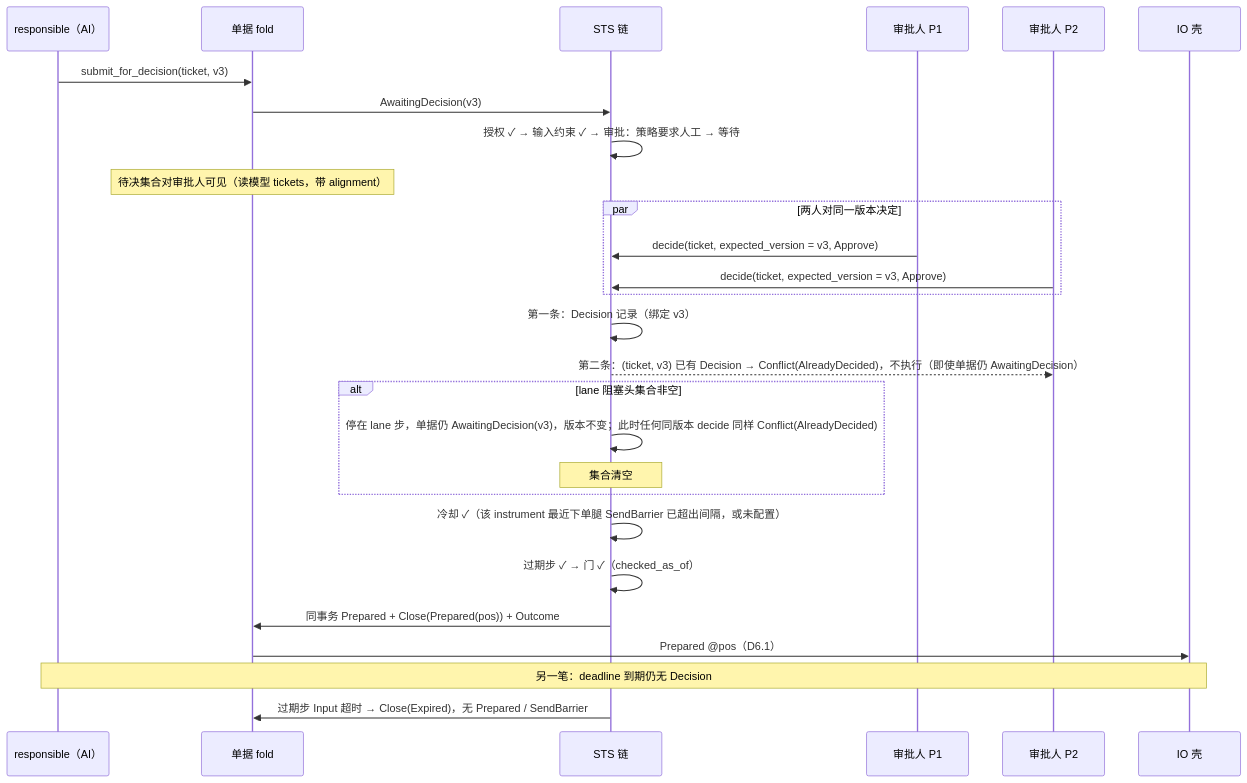
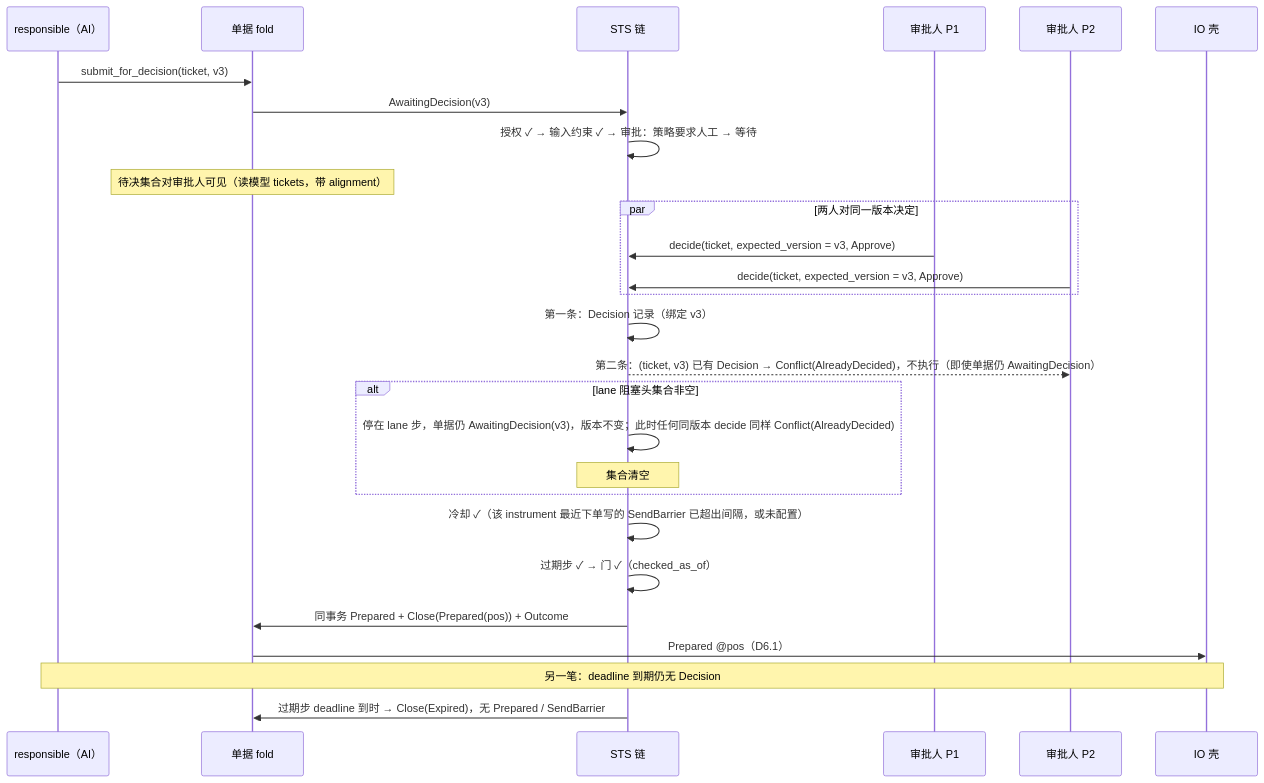
The sixth of 6 diagrams in design/diagrams/05-ticket-and-sts.md (mouriya-s-lab/uta), drawn with Mermaid before and after one commit. The commit also changed other lines of this file and 12 other files, not shown here.

````diff
--- a/design/diagrams/05-ticket-and-sts.md
+++ b/design/diagrams/05-ticket-and-sts.md
@@ -210,29 +215,29 @@
 ```mermaid
 sequenceDiagram
   participant R as responsible（AI）
   participant T as 单据 fold
   participant S as STS 链
   participant P as 审批人 P1
   participant P2 as 审批人 P2
   participant IO as IO 壳
   R->>T: submit_for_decision(ticket, v3)
   T->>S: AwaitingDecision(v3)
   S->>S: 授权 ✓ → 输入约束 ✓ → 审批：策略要求人工 → 等待
   Note over T: 待决集合对审批人可见（读模型 tickets，带 alignment）
   par 两人对同一版本决定
     P->>S: decide(ticket, expected_version = v3, Approve)
     P2->>S: decide(ticket, expected_version = v3, Approve)
   end
   S->>S: 第一条：Decision 记录（绑定 v3）
   S-->>P2: 第二条：(ticket, v3) 已有 Decision → Conflict(AlreadyDecided)，不执行（即使单据仍 AwaitingDecision）
   alt lane 阻塞头集合非空
     S->>S: 停在 lane 步，单据仍 AwaitingDecision(v3)，版本不变；此时任何同版本 decide 同样 Conflict(AlreadyDecided)
     Note over S: 集合清空
   end
-  S->>S: 冷却 ✓（该 instrument 最近下单腿 SendBarrier 已超出间隔，或未配置）
+  S->>S: 冷却 ✓（该 instrument 最近下单写的 SendBarrier 已超出间隔，或未配置）
   S->>S: 过期步 ✓ → 门 ✓（checked_as_of）
   S->>T: 同事务 Prepared + Close(Prepared(pos)) + Outcome
   T->>IO: Prepared @pos（D6.1）
   Note over R,IO: 另一笔：deadline 到期仍无 Decision
-  S->>T: 过期步 Input 超时 → Close(Expired)，无 Prepared / SendBarrier
+  S->>T: 过期步 deadline 到时 → Close(Expired)，无 Prepared / SendBarrier
 ```
````
